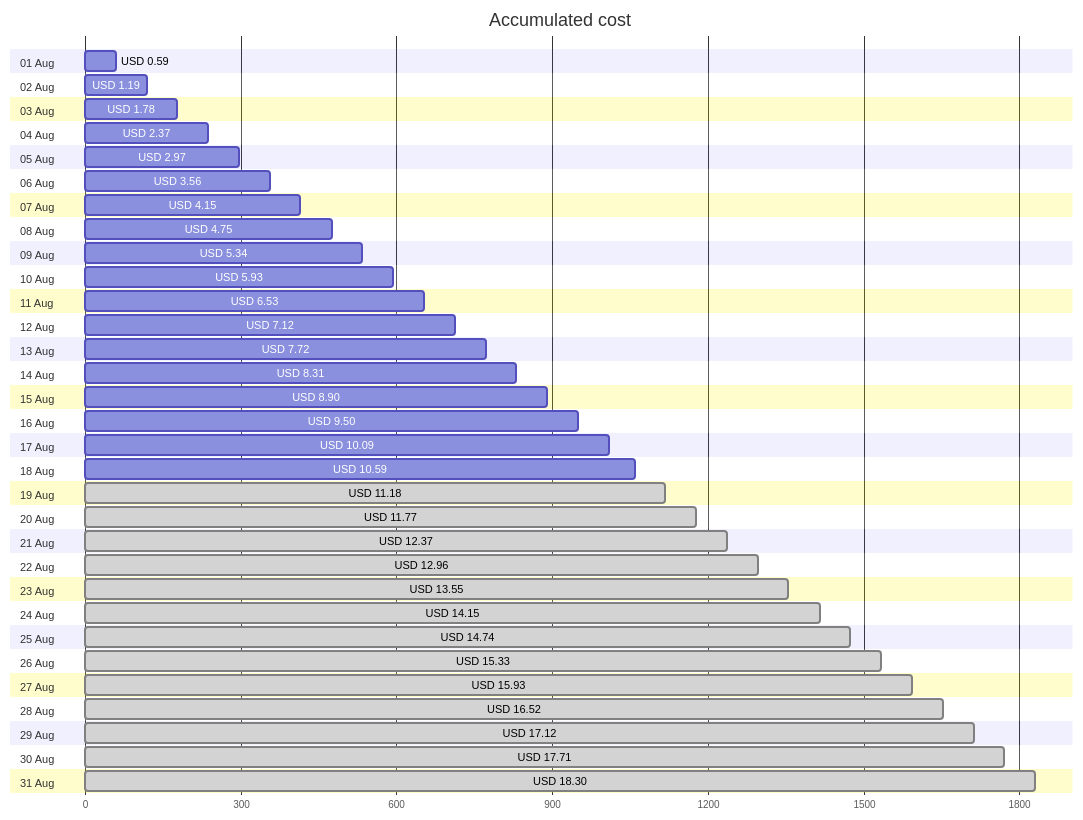
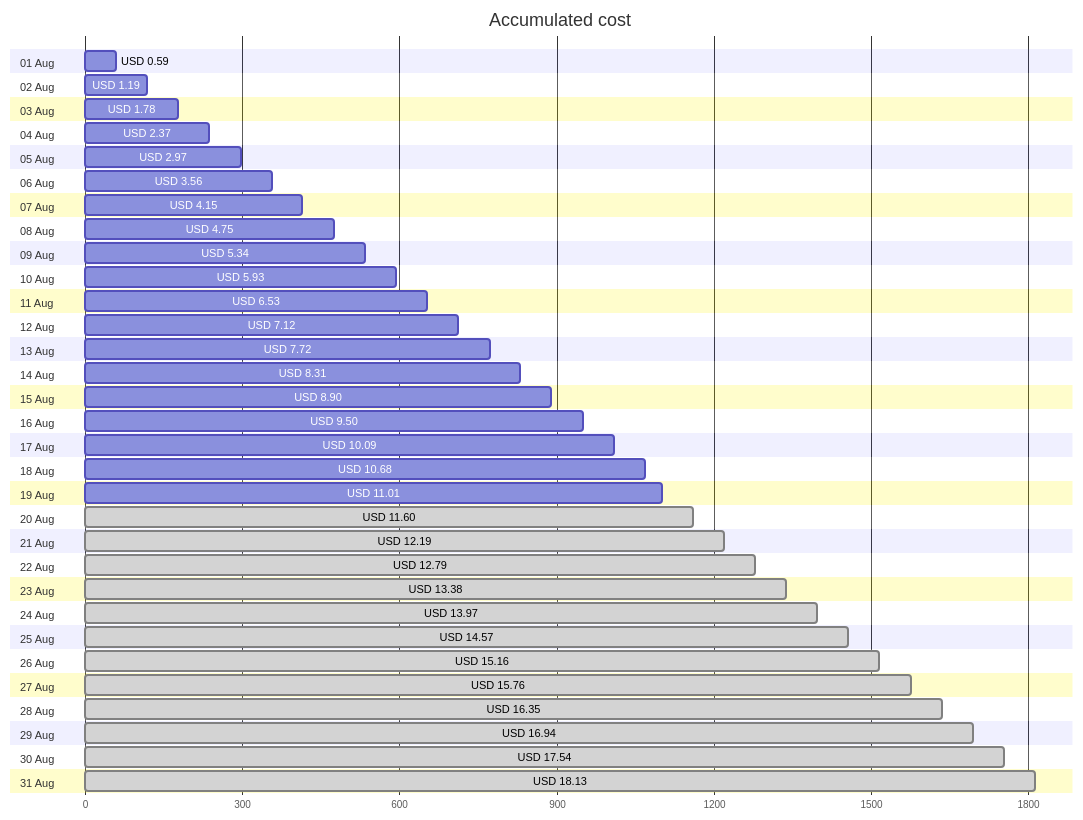
The first of 4 diagrams in cost-reports/personal-site/README.md (jpfulton/azure-personal-reports), drawn with Mermaid before and after one commit. The commit also changed other lines of this file and 6 other files, not shown here.

````diff
--- a/cost-reports/personal-site/README.md
+++ b/cost-reports/personal-site/README.md
@@ -20,68 +20,68 @@
 ```mermaid
 gantt
    title Accumulated cost
    dateFormat  X
    axisFormat %s
    section 01 Aug
    USD 0.59 :0, 59
    section 02 Aug
    USD 1.19 :0, 119
    section 03 Aug
    USD 1.78 :0, 178
    section 04 Aug
    USD 2.37 :0, 237
    section 05 Aug
    USD 2.97 :0, 297
    section 06 Aug
    USD 3.56 :0, 356
    section 07 Aug
    USD 4.15 :0, 415
    section 08 Aug
    USD 4.75 :0, 475
    section 09 Aug
    USD 5.34 :0, 534
    section 10 Aug
    USD 5.93 :0, 593
    section 11 Aug
    USD 6.53 :0, 653
    section 12 Aug
    USD 7.12 :0, 712
    section 13 Aug
    USD 7.72 :0, 772
    section 14 Aug
    USD 8.31 :0, 831
    section 15 Aug
    USD 8.90 :0, 890
    section 16 Aug
    USD 9.50 :0, 950
    section 17 Aug
    USD 10.09 :0, 1009
    section 18 Aug
-   USD 10.59 :0, 1059
+   USD 10.68 :0, 1068
    section 19 Aug
-   USD 11.18 : done, 0, 1118
+   USD 11.01 :0, 1101
    section 20 Aug
-   USD 11.77 : done, 0, 1177
+   USD 11.60 : done, 0, 1160
    section 21 Aug
-   USD 12.37 : done, 0, 1237
+   USD 12.19 : done, 0, 1219
    section 22 Aug
-   USD 12.96 : done, 0, 1296
+   USD 12.79 : done, 0, 1279
    section 23 Aug
-   USD 13.55 : done, 0, 1355
+   USD 13.38 : done, 0, 1338
    section 24 Aug
-   USD 14.15 : done, 0, 1415
+   USD 13.97 : done, 0, 1397
    section 25 Aug
-   USD 14.74 : done, 0, 1474
+   USD 14.57 : done, 0, 1457
    section 26 Aug
-   USD 15.33 : done, 0, 1533
+   USD 15.16 : done, 0, 1516
    section 27 Aug
-   USD 15.93 : done, 0, 1593
+   USD 15.76 : done, 0, 1576
    section 28 Aug
-   USD 16.52 : done, 0, 1652
+   USD 16.35 : done, 0, 1635
    section 29 Aug
-   USD 17.12 : done, 0, 1712
+   USD 16.94 : done, 0, 1694
    section 30 Aug
-   USD 17.71 : done, 0, 1771
+   USD 17.54 : done, 0, 1754
    section 31 Aug
-   USD 18.30 : done, 0, 1830
+   USD 18.13 : done, 0, 1813
 ```
````
